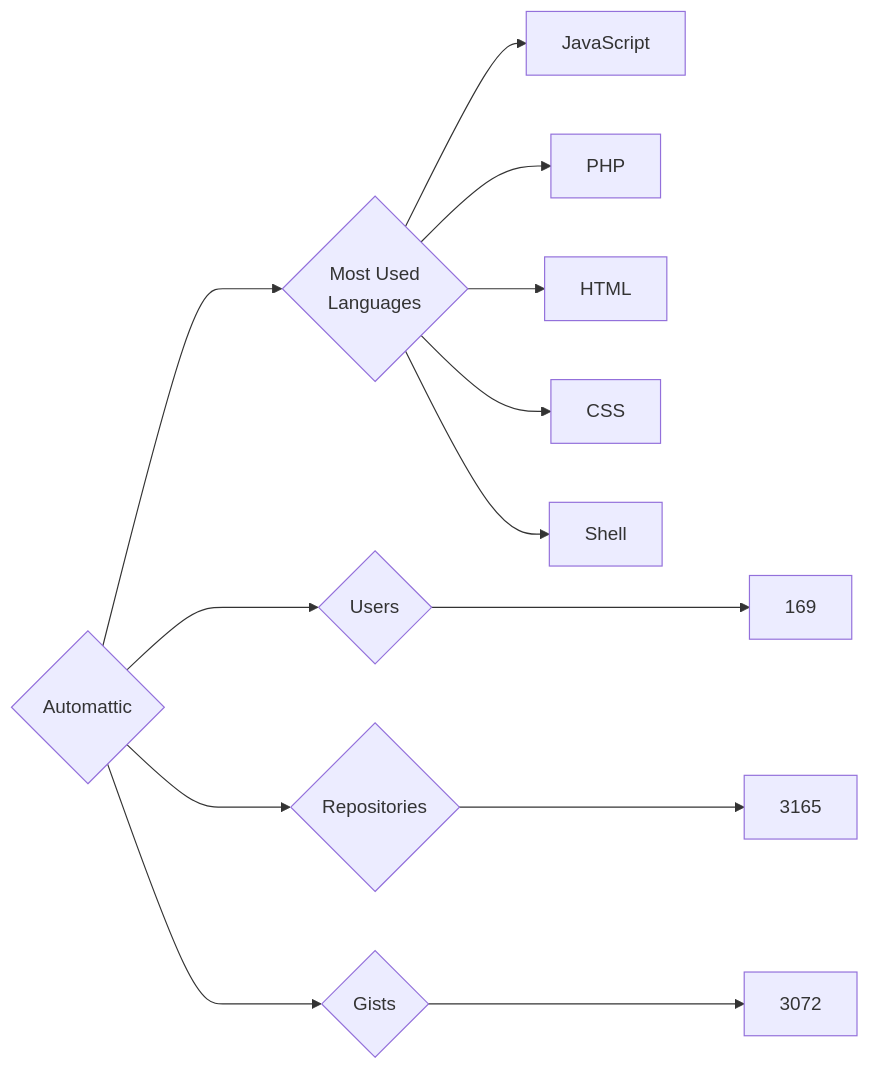
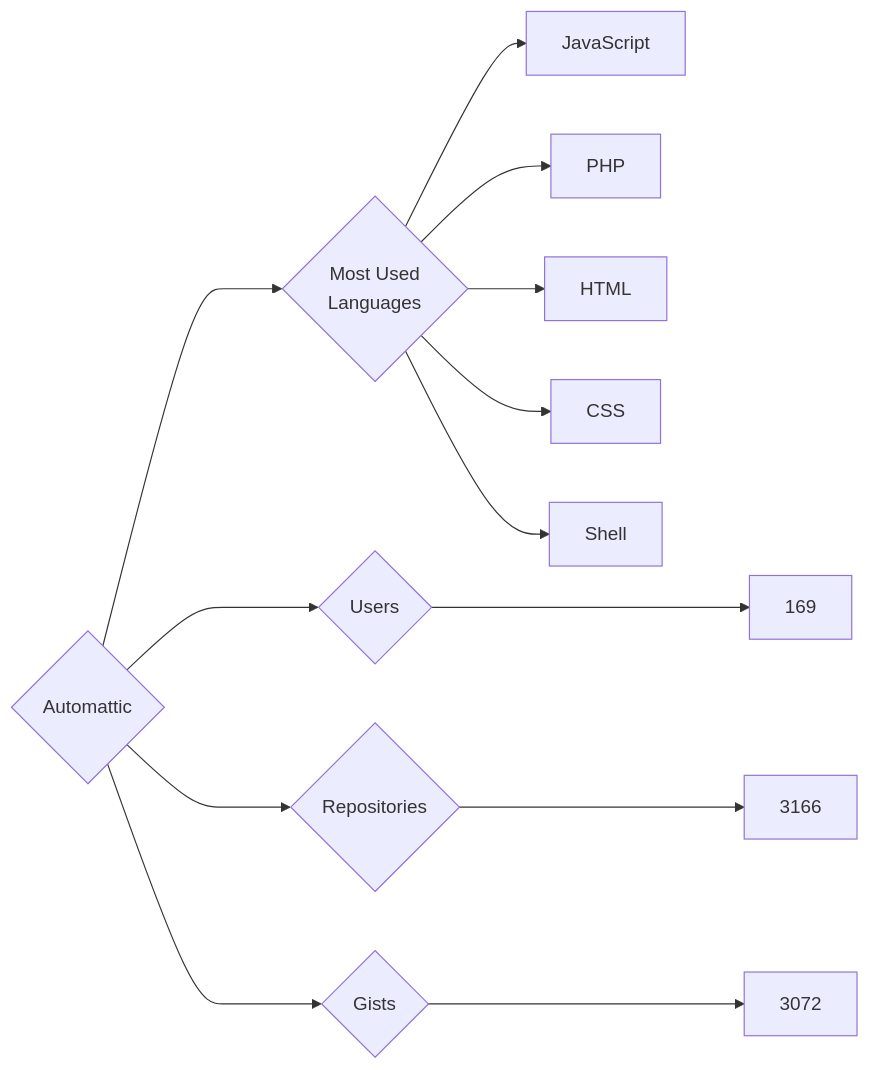
Before and after one commit to trickest/insiders: the diagram in targets/Automattic/README.md, drawn with Mermaid. The commit also changed 545 other files, not shown here.

````diff
--- a/targets/Automattic/README.md
+++ b/targets/Automattic/README.md
@@ -3,13 +3,13 @@
 ```mermaid
 graph LR
 COMPANY_NAME{Automattic}
 COMPANY_NAME ---> U{Users} ---> UN[169]
-COMPANY_NAME ---> R{Repositories} ---> RN[3165]
+COMPANY_NAME ---> R{Repositories} ---> RN[3166]
 COMPANY_NAME ---> G{Gists} ---> GN[3072]
 COMPANY_NAME ---> ML{Most Used<br>Languages}
 ML --> JavaScript[JavaScript]
 ML --> PHP[PHP]
 ML --> HTML[HTML]
 ML --> CSS[CSS]
 ML --> Shell[Shell]
 ```
````
